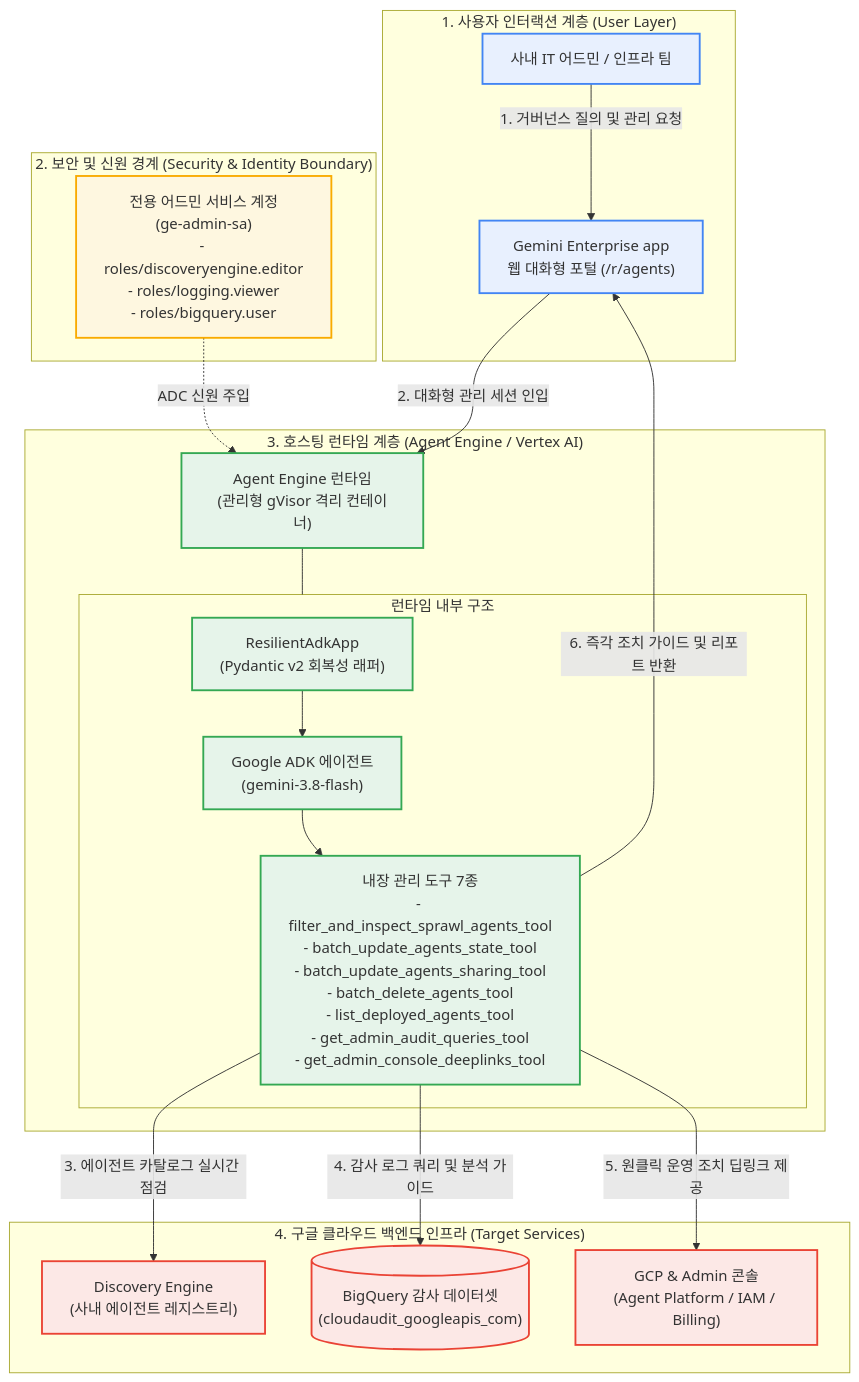
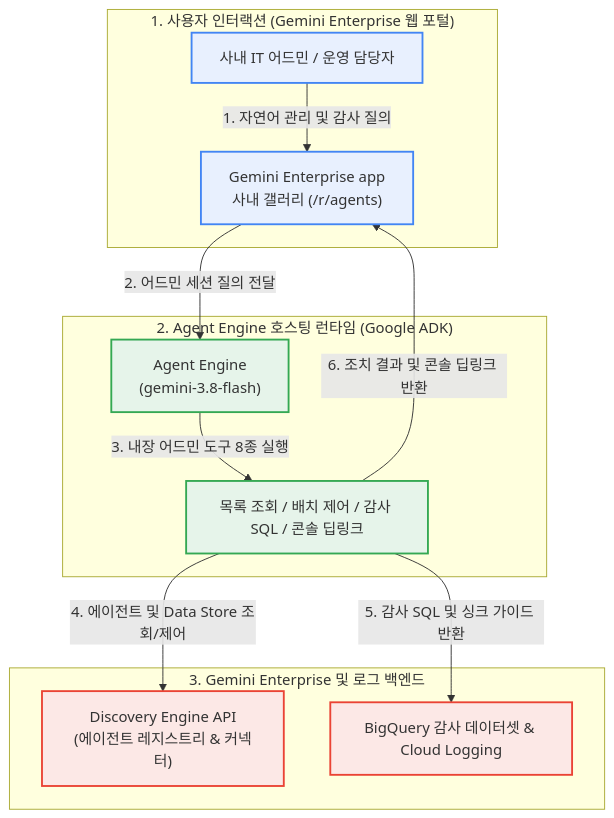
Before and after one commit to jiangjun-forge/google-cloud-0-to-1: the diagram in samples/gemini-enterprise-factory-admin/README.md, drawn with Mermaid. The commit also changed other lines of this file and 39 other files, not shown here.

````diff
--- a/samples/gemini-enterprise-factory-admin/README.md
+++ b/samples/gemini-enterprise-factory-admin/README.md
@@ -113,41 +87,26 @@
 ```mermaid
 flowchart TB
-    subgraph Client["1. 사용자 인터랙션 계층 (User Layer)"]
-        AdminUser["사내 IT 어드민 / 인프라 팀"] -->|"1. 거버넌스 질의 및 관리 요청"| GEApp["Gemini Enterprise app<br/>웹 대화형 포털 (/r/agents)"]
+    subgraph Client["1. 사용자 인터랙션 (Gemini Enterprise 웹 포털)"]
+        AdminUser["사내 IT 어드민 / 운영 담당자"] -->|"1. 자연어 관리 및 감사 질의"| GEApp["Gemini Enterprise app<br/>사내 갤러리 (/r/agents)"]
     end
 
-    subgraph Security["2. 보안 및 신원 경계 (Security & Identity Boundary)"]
-        SA["전용 어드민 서비스 계정<br/>(ge-admin-sa)<br/>- roles/discoveryengine.editor<br/>- roles/logging.viewer<br/>- roles/bigquery.user"]
+    subgraph Runtime["2. Agent Engine 호스팅 런타임 (Google ADK)"]
+        GEApp -->|"2. 어드민 세션 질의 전달"| Engine["Agent Engine<br/>(gemini-3.8-flash)"]
+        Engine -->|"3. 내장 어드민 도구 8종 실행"| Tools["목록 조회 / 배치 제어 / 감사 SQL / 콘솔 딥링크"]
     end
 
-    subgraph Runtime["3. 호스팅 런타임 계층 (Agent Engine / Vertex AI)"]
-        GEApp -->|"2. 대화형 관리 세션 인입"| Engine["Agent Engine 런타임<br/>(관리형 gVisor 격리 컨테이너)"]
-        
-        subgraph InsideEngine["런타임 내부 구조"]
-            Wrapper["ResilientAdkApp<br/>(Pydantic v2 회복성 래퍼)"]
-            ADK["Google ADK 에이전트<br/>(gemini-3.8-flash)"]
-            Tools["내장 관리 도구 7종<br/>- filter_and_inspect_sprawl_agents_tool<br/>- batch_update_agents_state_tool<br/>- batch_update_agents_sharing_tool<br/>- batch_delete_agents_tool<br/>- list_deployed_agents_tool<br/>- get_admin_audit_queries_tool<br/>- get_admin_console_deeplinks_tool"]
-            Wrapper --> ADK --> Tools
-        end
-        Engine --- InsideEngine
+    subgraph Backend["3. Gemini Enterprise 및 로그 백엔드"]
+        Tools -->|"4. 에이전트 및 Data Store 조회/제어"| DiscEng["Discovery Engine API<br/>(에이전트 레지스트리 & 커넥터)"]
+        Tools -->|"5. 감사 SQL 및 싱크 가이드 반환"| Audit["BigQuery 감사 데이터셋 & Cloud Logging"]
     end
 
-    subgraph Backend["4. 구글 클라우드 백엔드 인프라 (Target Services)"]
-        Tools -->|"3. 에이전트 카탈로그 실시간 점검"| DiscEng["Discovery Engine<br/>(사내 에이전트 레지스트리)"]
-        Tools -->|"4. 감사 로그 쿼리 및 분석 가이드"| BQ[("BigQuery 감사 데이터셋<br/>(cloudaudit_googleapis_com)")]
-        Tools -->|"5. 원클릭 운영 조치 딥링크 제공"| Consoles["GCP & Admin 콘솔<br/>(Agent Platform / IAM / Billing)"]
-    end
-
-    SA -.->|"ADC 신원 주입"| Engine
-    Tools -->|"6. 즉각 조치 가이드 및 리포트 반환"| GEApp
+    Tools -->|"6. 조치 결과 및 콘솔 딥링크 반환"| GEApp
 
     classDef portal fill:#e8f0fe,stroke:#4285f4,stroke-width:2px;
-    classDef security fill:#fef7e0,stroke:#f9ab00,stroke-width:2px;
     classDef runtime fill:#e6f4ea,stroke:#34a853,stroke-width:2px;
     classDef backend fill:#fce8e6,stroke:#ea4335,stroke-width:2px;
 
     class AdminUser,GEApp portal;
-    class SA security;
-    class Engine,Wrapper,ADK,Tools runtime;
-    class DiscEng,BQ,Consoles backend;
+    class Engine,Tools runtime;
+    class DiscEng,Audit backend;
 ```
````
